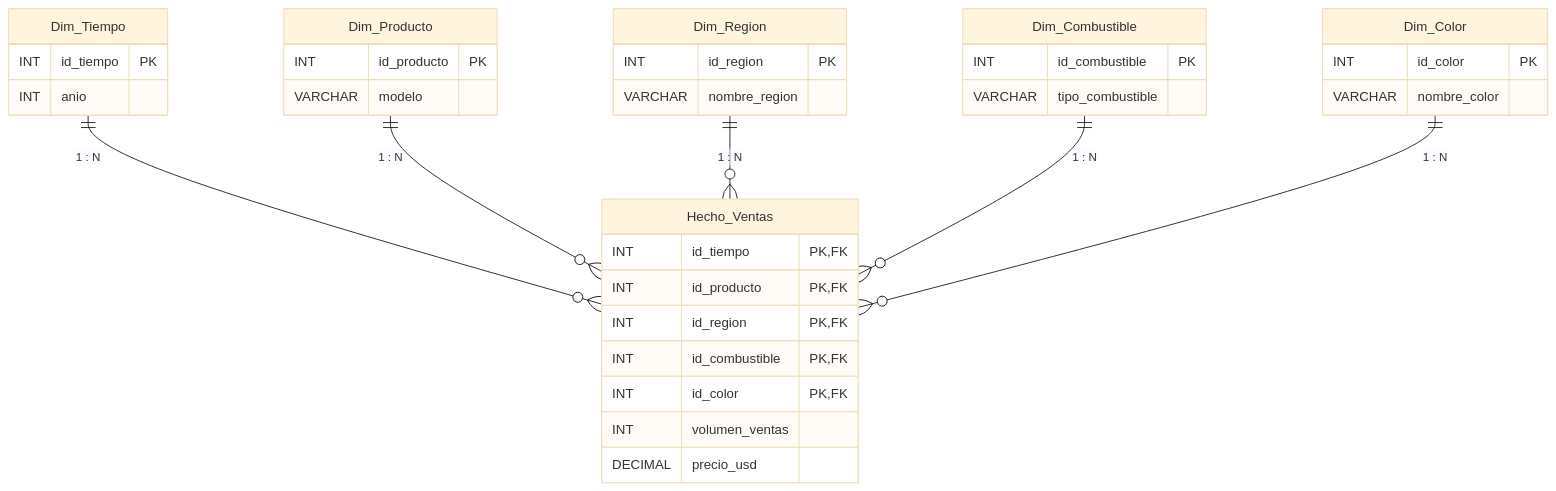
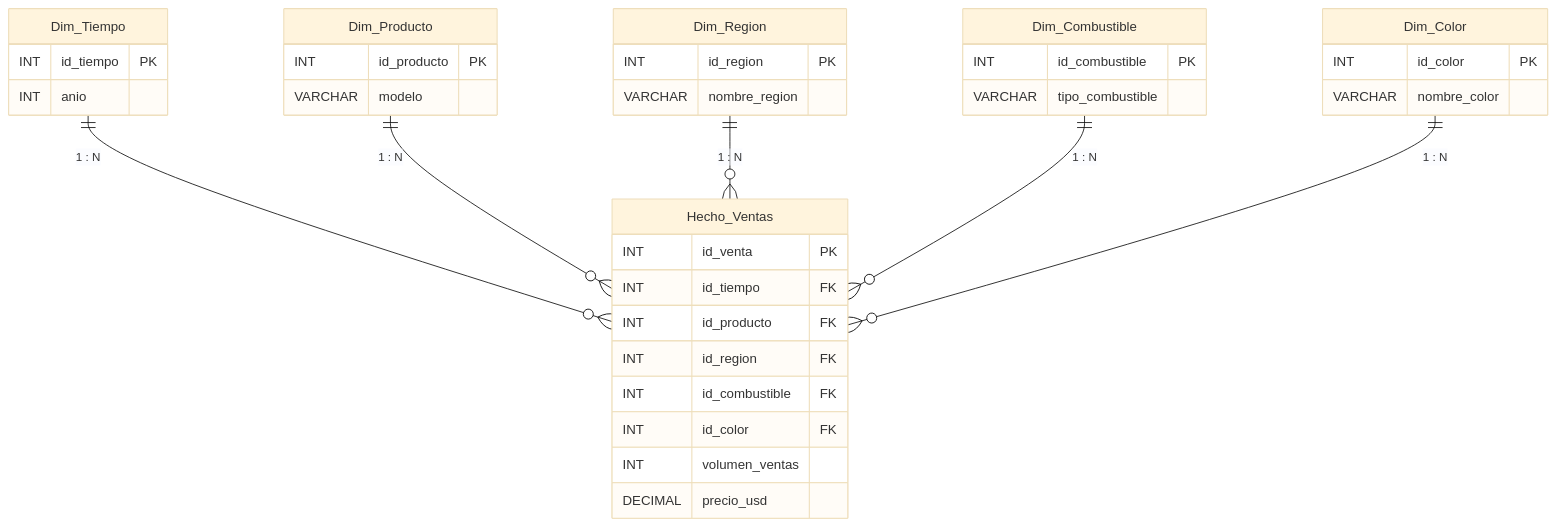
Before and after one commit to TomasVogt/practico2-BDA: the diagram in entrega_modelo_logico.md, drawn with Mermaid (base theme). The commit also changed other lines of this file, not shown here.

Commit message:
Refactor Hecho_Ventas table primary key and FKs
Updated the primary key structure of Hecho_Ventas to use a surrogate key and adjusted foreign key references accordingly.

````diff
--- a/entrega_modelo_logico.md
+++ b/entrega_modelo_logico.md
@@ -60,43 +60,44 @@
 ```mermaid
 erDiagram
     Dim_Tiempo {
         INT id_tiempo PK
         INT anio
     }
 
     Dim_Producto {
         INT id_producto PK
         VARCHAR modelo
     }
 
     Dim_Region {
         INT id_region PK
         VARCHAR nombre_region
     }
 
     Dim_Combustible {
         INT id_combustible PK
         VARCHAR tipo_combustible
     }
 
     Dim_Color {
         INT id_color PK
         VARCHAR nombre_color
     }
 
     Hecho_Ventas {
-        INT id_tiempo PK, FK
-        INT id_producto PK, FK
-        INT id_region PK, FK
-        INT id_combustible PK, FK
-        INT id_color PK, FK
+        INT id_venta PK
+        INT id_tiempo FK
+        INT id_producto FK
+        INT id_region FK
+        INT id_combustible FK
+        INT id_color FK
         INT volumen_ventas
         DECIMAL precio_usd
     }
 
     Dim_Tiempo ||--o{ Hecho_Ventas : "1 : N"
     Dim_Producto ||--o{ Hecho_Ventas : "1 : N"
     Dim_Region ||--o{ Hecho_Ventas : "1 : N"
     Dim_Combustible ||--o{ Hecho_Ventas : "1 : N"
     Dim_Color ||--o{ Hecho_Ventas : "1 : N"
 ```
````
